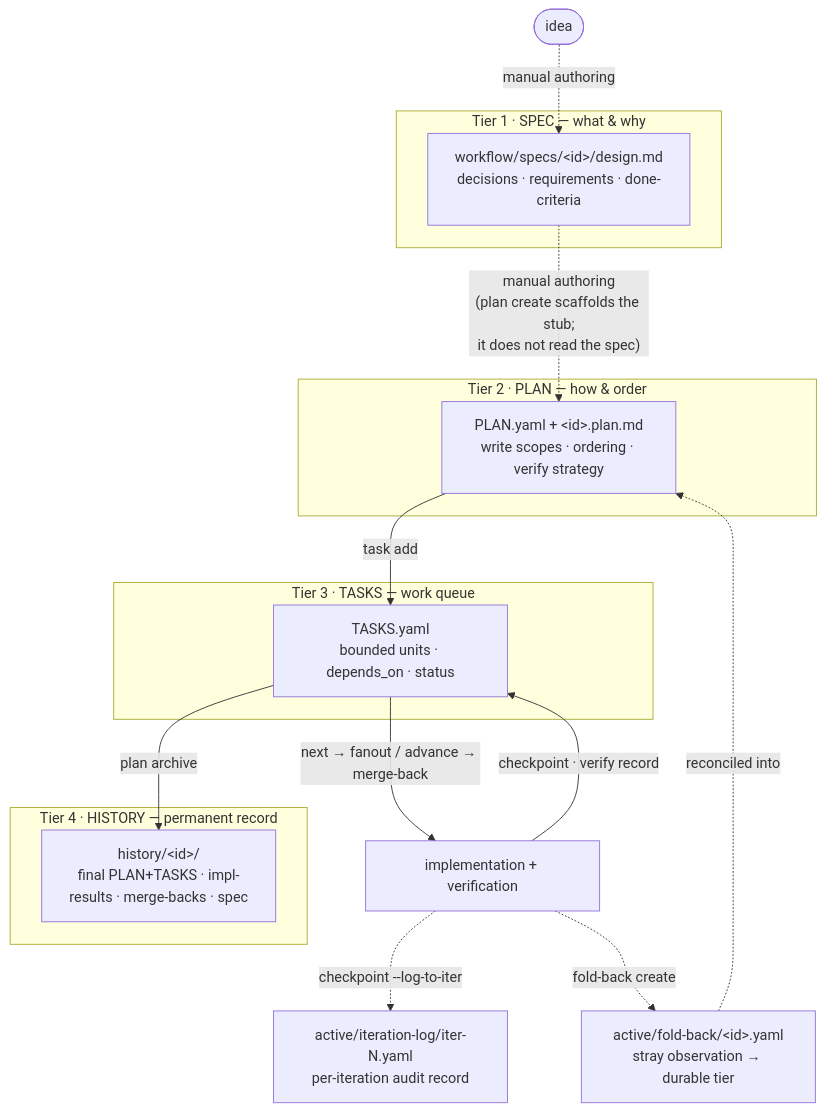
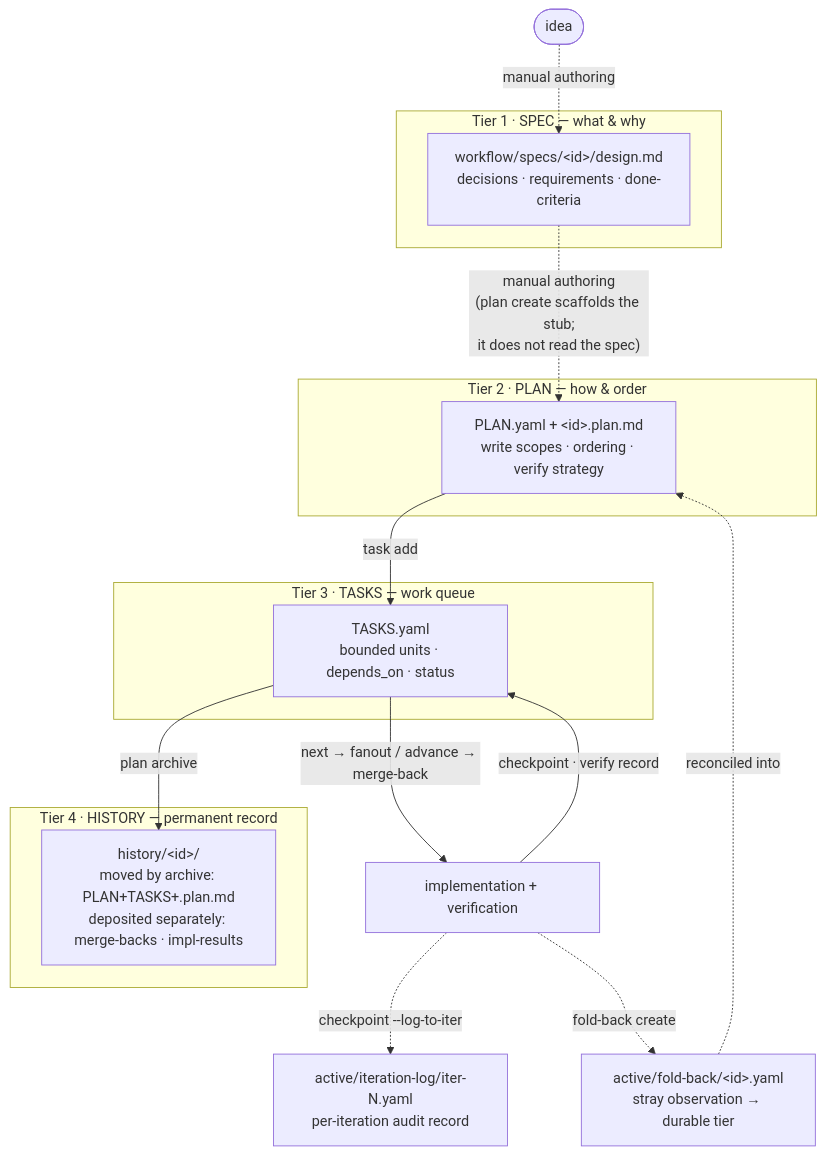
One commit to AGOrcha/dot-agents changed the diagram in docs/concepts/workflow-artifact-model.md. Above: the diagram before and after it, drawn with Mermaid. The commit also changed other lines of this file, not shown here.

First line of the commit message:
docs(concept): reconcile History-tier shape and direct-vs-contract closeout

````diff
--- a/docs/concepts/workflow-artifact-model.md
+++ b/docs/concepts/workflow-artifact-model.md
@@ -118,30 +118,30 @@
 ```mermaid
 flowchart TB
     idea([idea])
 
     subgraph T1["Tier 1 · SPEC — what & why"]
         spec["workflow/specs/&lt;id&gt;/design.md<br/>decisions · requirements · done-criteria"]
     end
     subgraph T2["Tier 2 · PLAN — how & order"]
         plan["PLAN.yaml + &lt;id&gt;.plan.md<br/>write scopes · ordering · verify strategy"]
     end
     subgraph T3["Tier 3 · TASKS — work queue"]
         tasks["TASKS.yaml<br/>bounded units · depends_on · status"]
     end
     subgraph T4["Tier 4 · HISTORY — permanent record"]
-        hist["history/&lt;id&gt;/<br/>final PLAN+TASKS · impl-results · merge-backs · spec"]
+        hist["history/&lt;id&gt;/<br/>moved by archive: PLAN+TASKS+.plan.md<br/>deposited separately: merge-backs · impl-results"]
     end
 
     idea -.->|"manual authoring"| spec
     spec -.->|"manual authoring<br/>(plan create scaffolds the stub;<br/>it does not read the spec)"| plan
     plan -->|"task add"| tasks
     tasks -->|"next → fanout / advance → merge-back"| impl["implementation + verification"]
     impl -->|"checkpoint · verify record"| tasks
     tasks -->|"plan archive"| hist
 
     iter["active/iteration-log/iter-N.yaml<br/>per-iteration audit record"]
     fb["active/fold-back/&lt;id&gt;.yaml<br/>stray observation → durable tier"]
     impl -.->|"checkpoint --log-to-iter"| iter
     impl -.->|"fold-back create"| fb
     fb -.->|"reconciled into"| plan
 ```
````
